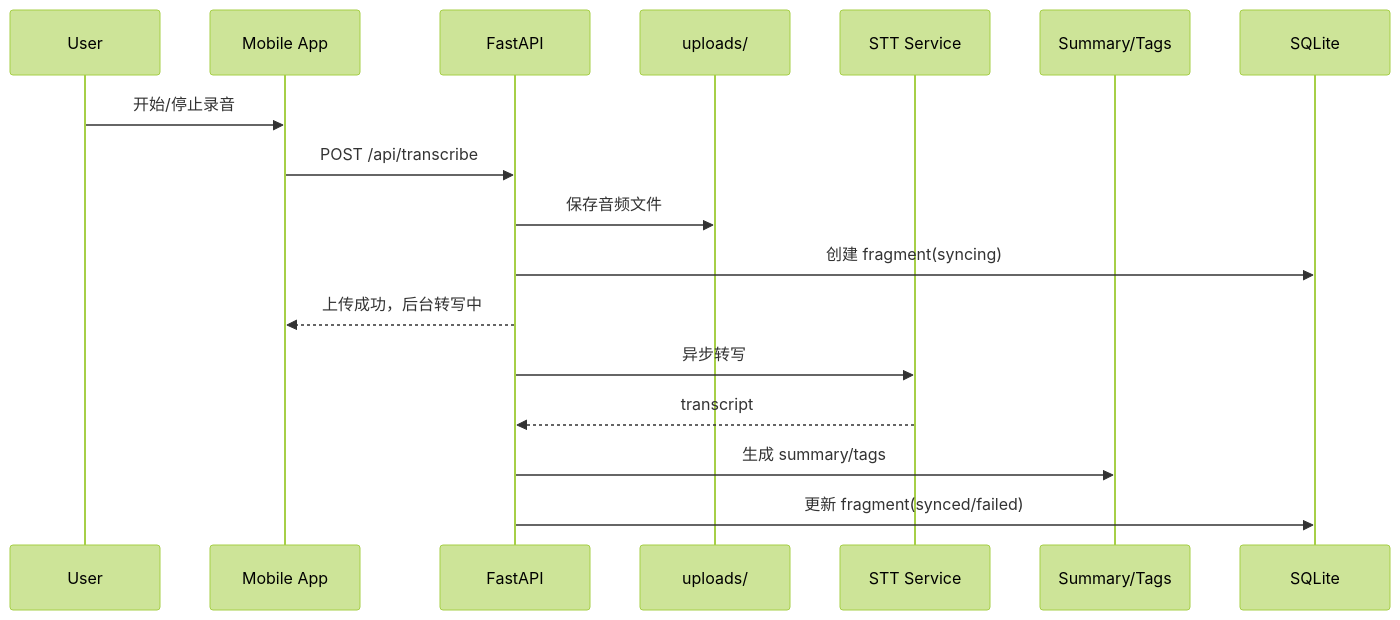
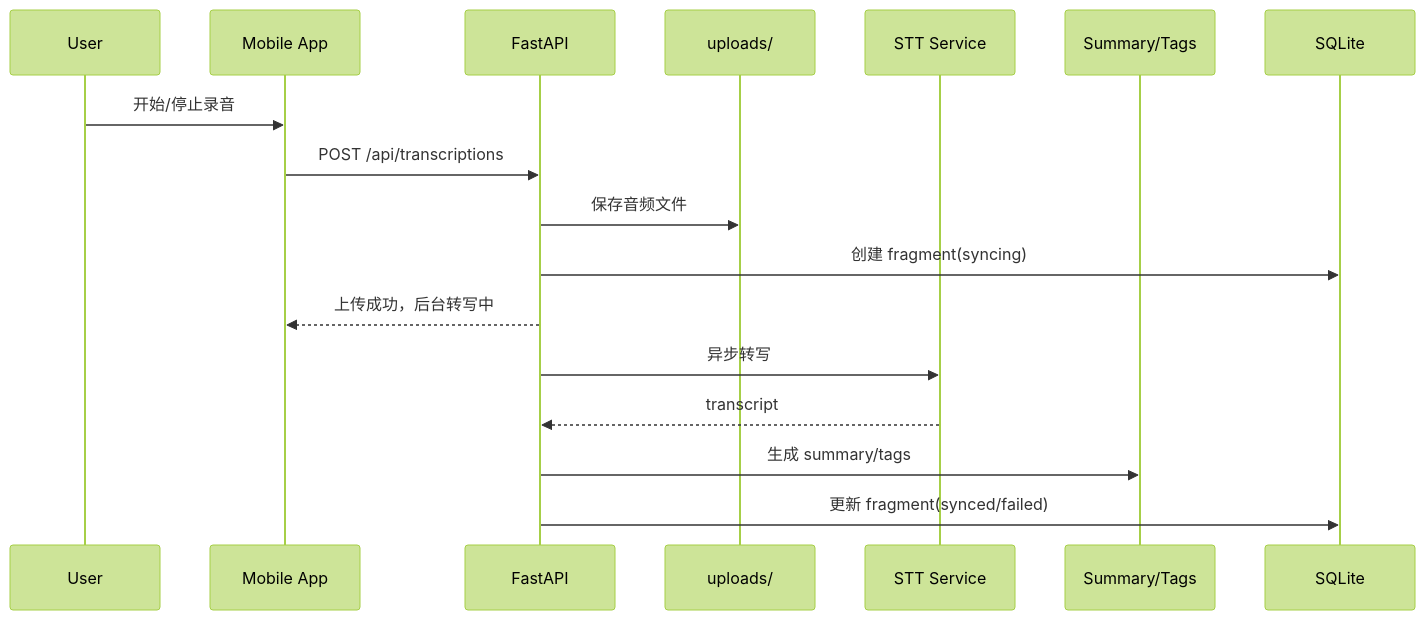
Before and after one commit to YCZA2/SparkFlow: the fourth of 7 diagrams in memory-bank/architecture.md, drawn with Mermaid (forest theme). The commit also changed other lines of this file and 31 other files, not shown here.

````diff
--- a/memory-bank/architecture.md
+++ b/memory-bank/architecture.md
@@ -139,20 +154,20 @@
 ```mermaid
 sequenceDiagram
     participant User
     participant App as Mobile App
     participant API as FastAPI
     participant File as uploads/
     participant STT as STT Service
     participant LLM as Summary/Tags
     participant DB as SQLite
 
     User->>App: 开始/停止录音
-    App->>API: POST /api/transcribe
+    App->>API: POST /api/transcriptions
     API->>File: 保存音频文件
     API->>DB: 创建 fragment(syncing)
     API-->>App: 上传成功，后台转写中
     API->>STT: 异步转写
     STT-->>API: transcript
     API->>LLM: 生成 summary/tags
     API->>DB: 更新 fragment(synced/failed)
 ```
````
